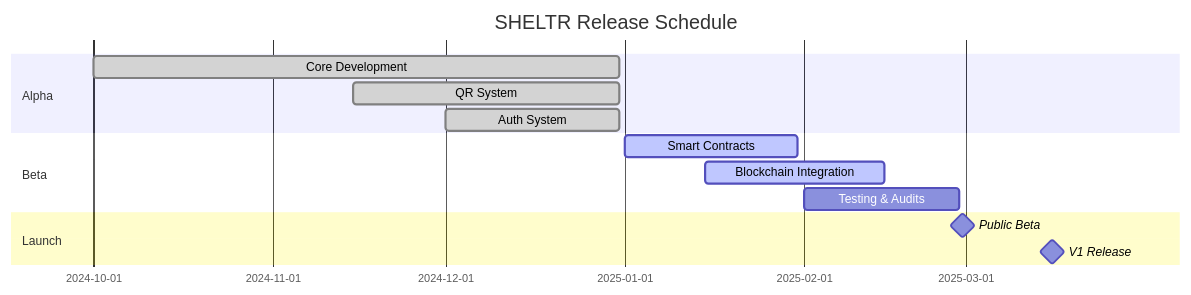
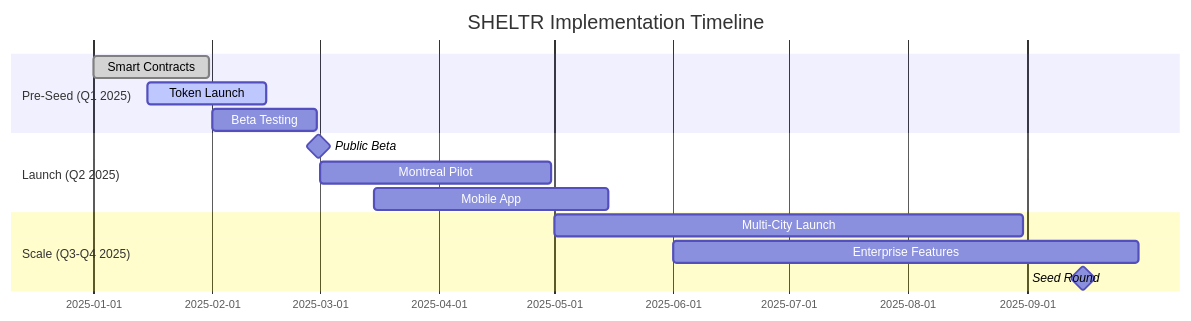
Before and after one commit to mrj0nesmtl/sheltr-ai: the fourth of 4 diagrams in docs/02-architecture/whitepaper_final.md, drawn with Mermaid. The commit also changed other lines of this file and 25 other files, not shown here.

````diff
--- a/docs/02-architecture/whitepaper_final.md
+++ b/docs/02-architecture/whitepaper_final.md
@@ -381,16 +504,17 @@
 ```mermaid
 gantt
-    title SHELTR Release Schedule
+    title SHELTR Implementation Timeline
     dateFormat  YYYY-MM-DD
-    section Alpha
-    Core Development     :done, 2024-10-01, 2024-12-31
-    QR System           :done, 2024-11-15, 2024-12-31
-    Auth System        :done, 2024-12-01, 2024-12-31
-    section Beta
-    Smart Contracts    :active, 2025-01-01, 2025-01-31
-    Blockchain Integration :active, 2025-01-15, 2025-02-15
-    Testing & Audits   :2025-02-01, 2025-02-28
-    section Launch
-    Public Beta       :milestone, 2025-03-01
-    V1 Release       :milestone, 2025-03-31
+    section Pre-Seed (Q1 2025)
+    Smart Contracts     :done, 2025-01-01, 2025-01-31
+    Token Launch       :active, 2025-01-15, 2025-02-15
+    Beta Testing       :2025-02-01, 2025-02-28
+    section Launch (Q2 2025)
+    Public Beta        :milestone, 2025-03-01
+    Montreal Pilot     :2025-03-01, 2025-04-30
+    Mobile App         :2025-03-15, 2025-05-15
+    section Scale (Q3-Q4 2025)
+    Multi-City Launch  :2025-05-01, 2025-08-31
+    Enterprise Features :2025-06-01, 2025-09-30
+    Seed Round         :milestone, 2025-09-01
 ```
````
